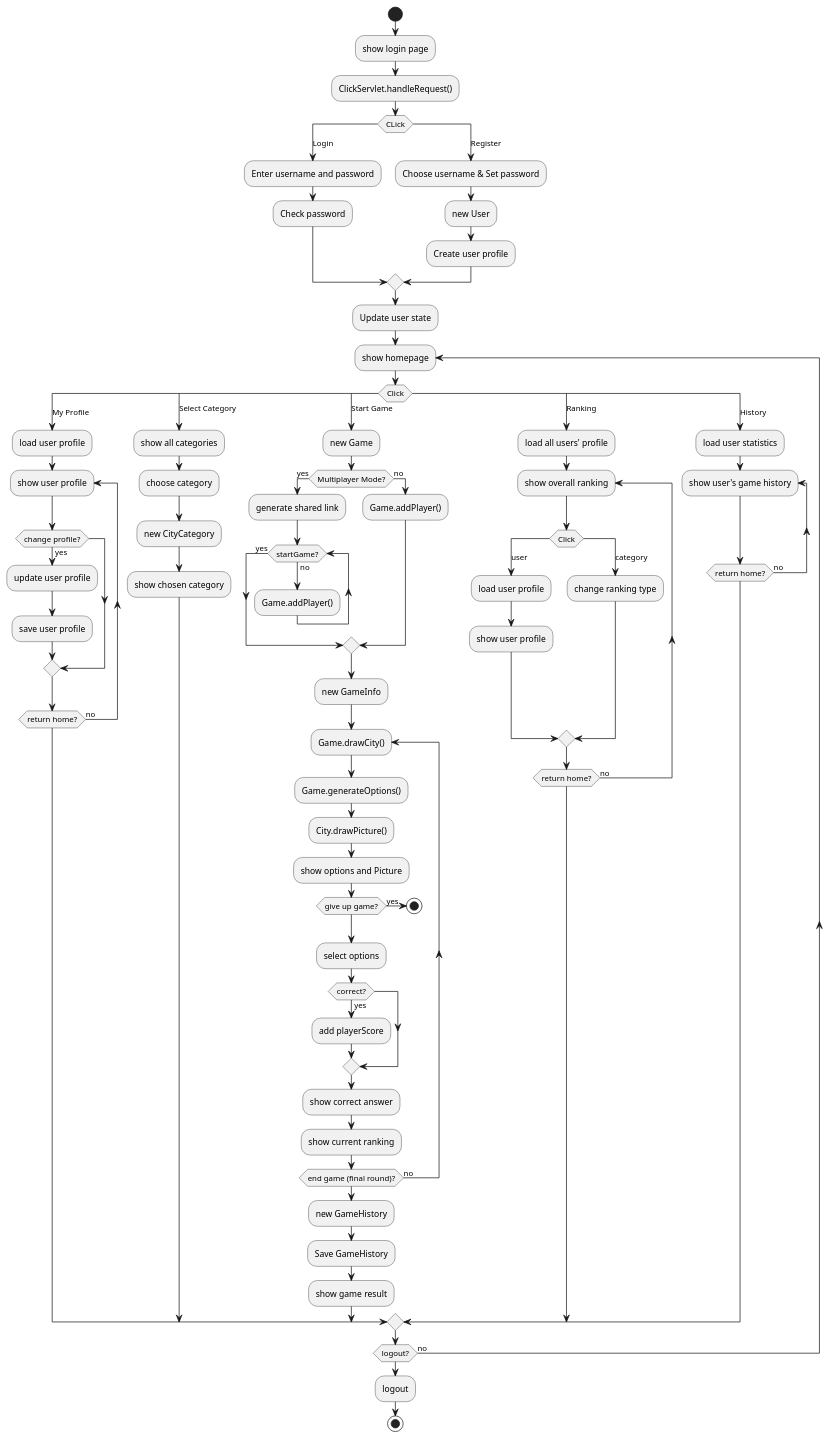
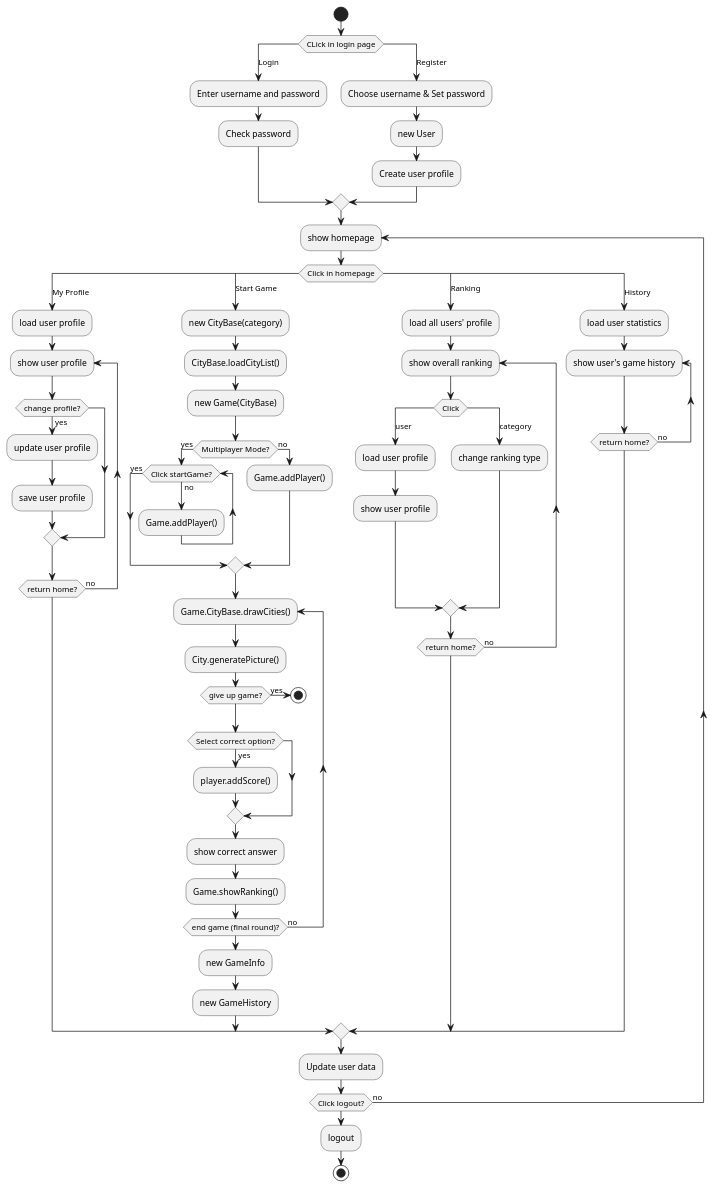
Before and after one commit to sopra-fs23-group-32/SoPra23_Server: the diagram in src/uml/GuessCityActivity.puml, drawn with PlantUML.

Commit message:
update activity diagram for M2 feedback

```diff
--- a/src/uml/GuessCityActivity.puml
+++ b/src/uml/GuessCityActivity.puml
@@ -1,88 +1,82 @@
 @startuml
 'https://plantuml.com/activity-diagram-beta
 
 start
-:show login page;
-:ClickServlet.handleRequest();
-switch (CLick)
+switch (CLick in login page)
 case (Login)
     :Enter username and password;
     :Check password;
 case (Register)
     :Choose username & Set password;
     :new User;
     :Create user profile;
 endswitch
-:Update user state;
 '========= success login =========
+
 repeat :show homepage;
-
-switch (Click)
+switch (Click in homepage)
 case (My Profile)
     :load user profile;
     repeat :show user profile;
     if (change profile?) then(yes)
         :update user profile;
         :save user profile;
     endif
     repeat while(return home?) is(no)
-case (Select Category)
-    :show all categories;
-    :choose category;
-    :new CityCategory;
-    :show chosen category;
+
 case (Start Game)
-    :new Game;
+    :new CityBase(category);
+    :CityBase.loadCityList();
+    :new Game(CityBase);
     if (Multiplayer Mode?) then(yes)
-        :generate shared link;
-        while(startGame?) is(no)
+'        :generate shared link;
+        while(Click startGame?) is(no)
             :Game.addPlayer();
         endwhile (yes)
     else (no)
         :Game.addPlayer();
     endif
-    :new GameInfo;
 
-    repeat :Game.drawCity();
-        :Game.generateOptions();
-        :City.drawPicture();
-        :show options and Picture;
+    repeat :Game.CityBase.drawCities();
+        :City.generatePicture();
+'        :show options and Picture;
         if (give up game?) then(yes)
             stop
         endif
-        :select options;
-        if (correct?) then(yes)
-            :add playerScore;
+        if (Select correct option?) then(yes)
+            :player.addScore();
         endif
         :show correct answer;
-        :show current ranking;
+        :Game.showRanking();
     repeat while(end game (final round)?) is(no)
 
 '    if (record score?) then (yes)
 '        :UserStatistic.addScore();
 '    endif
+    :new GameInfo;
     :new GameHistory;
-    :Save GameHistory;
-    :show game result;
+
 case (Ranking)
     :load all users' profile;
     repeat :show overall ranking;
     switch (Click)
     case (user)
         :load user profile;
         :show user profile;
     case (category)
         :change ranking type;
     endswitch
     repeat while(return home?) is(no)
+
 case (History)
     :load user statistics;
     repeat :show user's game history;
     repeat while(return home?) is(no)
 endswitch
 
-repeat while(logout?) is(no)
+:Update user data;
+repeat while(Click logout?) is(no)
 :logout;
 stop
 
 @enduml
```
